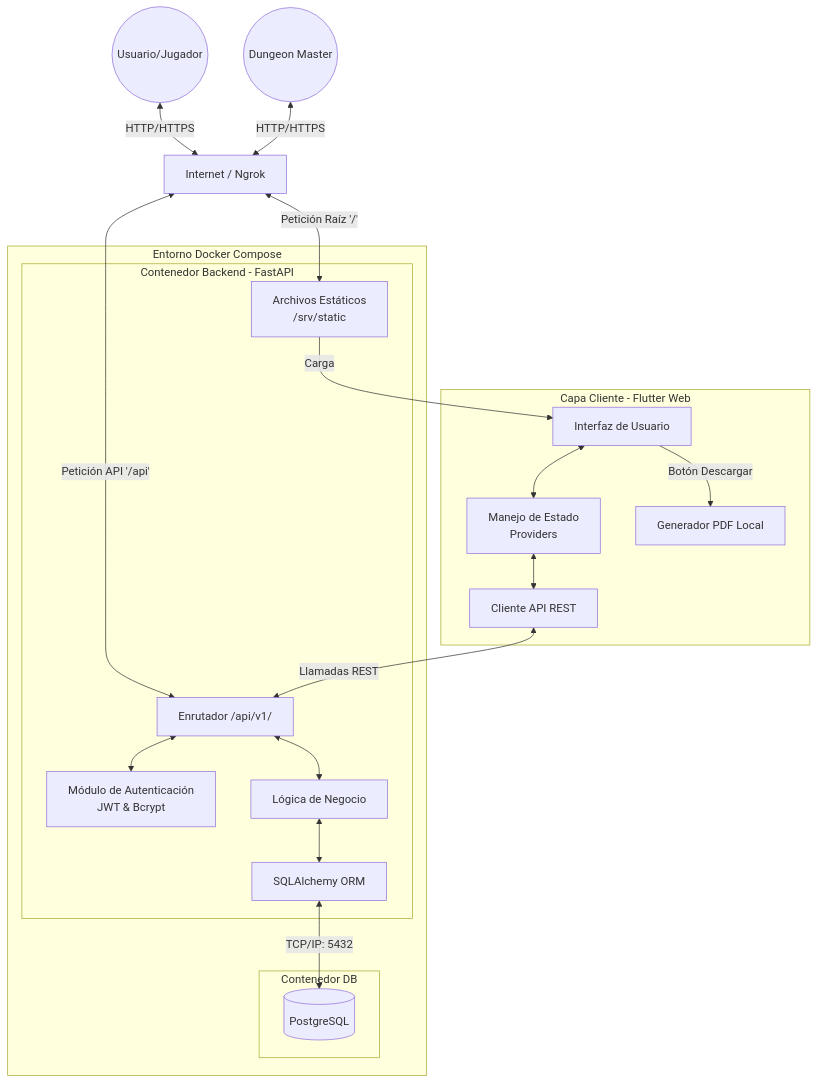
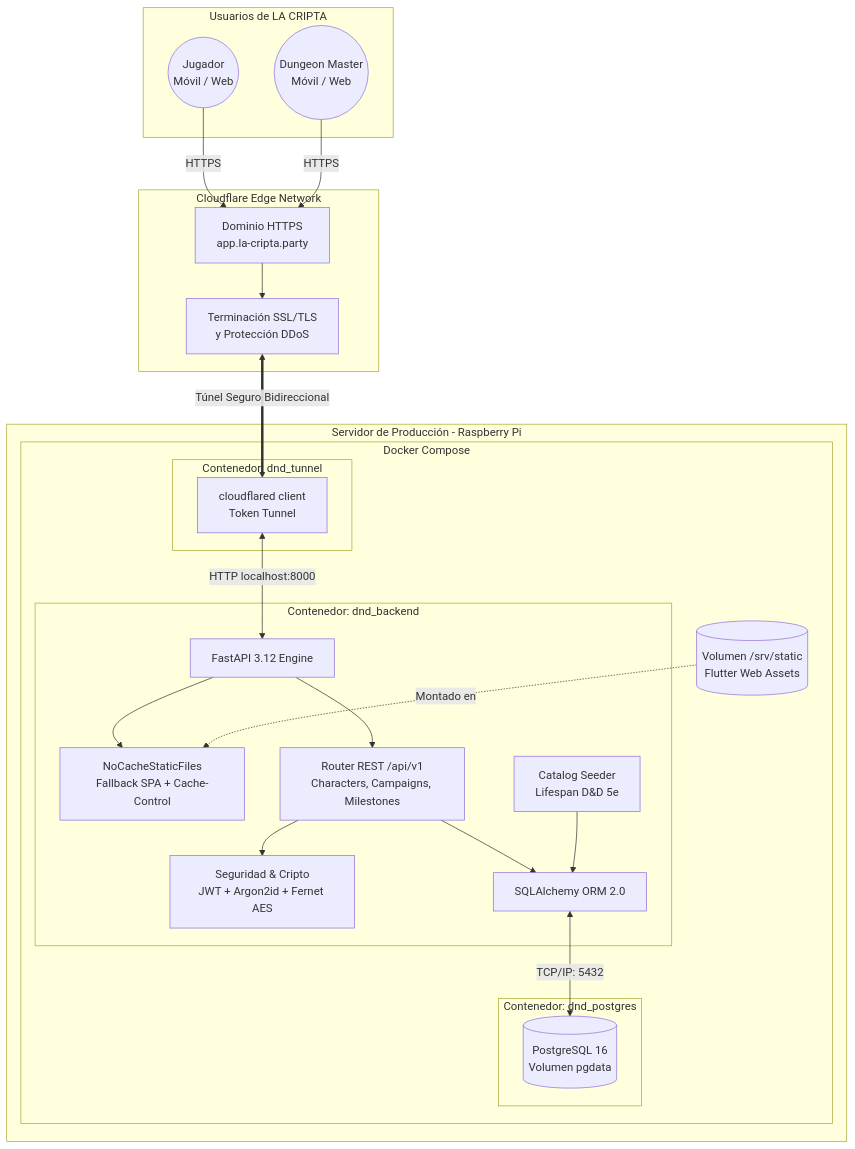
The diagram in docs/diagrama_arquitectura.md (Alexander-Camargo/Plataforma_DnD), drawn with Mermaid before and after one commit. The commit also changed other lines of this file and 5 other files, not shown here.

````diff
--- a/docs/diagrama_arquitectura.md
+++ b/docs/diagrama_arquitectura.md
@@ -5,49 +5,61 @@
 ```mermaid
 flowchart TD
-    %% Entidades Externas
-    User((Usuario/Jugador))
-    DM((Dungeon Master))
-    Internet[Internet / Ngrok]
-
-    %% Capa de Frontend
-    subgraph Frontend [Capa Cliente - Flutter Web]
-        UI[Interfaz de Usuario]
-        Providers[Manejo de Estado\nProviders]
-        ApiClient[Cliente API REST]
-        PDF[Generador PDF Local]
+    %% Usuarios y Clientes
+    subgraph Clients [Usuarios de LA CRIPTA]
+        User((Jugador\nMóvil / Web))
+        DM((Dungeon Master\nMóvil / Web))
     end
 
-    %% Capa de Contenedores Docker
-    subgraph Docker [Entorno Docker Compose]
-        subgraph Backend [Contenedor Backend - FastAPI]
-            StaticFiles[Archivos Estáticos\n/srv/static]
-            Router[Enrutador /api/v1/]
-            Auth[Módulo de Autenticación\nJWT & Bcrypt]
-            Services[Lógica de Negocio]
-            ORM[SQLAlchemy ORM]
-        end
-        
-        subgraph DataBase [Contenedor DB]
-            PG[(PostgreSQL)]
+    %% Capa de Red y Seguridad Cloudflare
+    subgraph CloudflareNetwork [Cloudflare Edge Network]
+        Domain[Dominio HTTPS\napp.la-cripta.party]
+        EdgeSSL[Terminación SSL/TLS\ny Protección DDoS]
+    end
+
+    %% Servidor de Producción (Raspberry Pi)
+    subgraph HostServer [Servidor de Producción - Raspberry Pi]
+        subgraph DockerEnv [Docker Compose]
+            
+            %% Contenedor Túnel
+            subgraph TunnelContainer [Contenedor: dnd_tunnel]
+                Cloudflared[cloudflared client\nToken Tunnel]
+            end
+
+            %% Contenedor Backend
+            subgraph BackendContainer [Contenedor: dnd_backend]
+                FastAPIApp[FastAPI 3.12 Engine]
+                StaticSPA[NoCacheStaticFiles\nFallback SPA + Cache-Control]
+                AuthModule[Seguridad & Cripto\nJWT + Argon2id + Fernet AES]
+                SeedModule[Catalog Seeder\nLifespan D&D 5e]
+                APIRouter[Router REST /api/v1\nCharacters, Campaigns, Milestones]
+                ORM[SQLAlchemy ORM 2.0]
+            end
+
+            %% Contenedor Base de Datos
+            subgraph DBContainer [Contenedor: dnd_postgres]
+                Postgres[(PostgreSQL 16\nVolumen pgdata)]
+            end
+
+            %% Volúmenes Compartidos
+            StaticVolume[(Volumen /srv/static\nFlutter Web Assets)]
         end
     end
 
-    %% Flujos de Comunicación
-    User <-->|HTTP/HTTPS| Internet
-    DM <-->|HTTP/HTTPS| Internet
-    
-    Internet <-->|Petición Raíz '/'| StaticFiles
-    Internet <-->|Petición API '/api'| Router
-    
-    StaticFiles -->|Carga| UI
-    
-    UI <--> Providers
-    Providers <--> ApiClient
-    UI -->|Botón Descargar| PDF
-    
-    ApiClient <-->|Llamadas REST| Router
-    Router <--> Auth
-    Router <--> Services
-    Services <--> ORM
-    ORM <-->|TCP/IP: 5432| PG
+    %% Flujos de Red
+    User -->|HTTPS| Domain
+    DM -->|HTTPS| Domain
+    Domain --> EdgeSSL
+    EdgeSSL <==>|Túnel Seguro Bidireccional| Cloudflared
+    Cloudflared <-->|HTTP localhost:8000| FastAPIApp
+
+    %% Enrutamiento Interno Backend
+    FastAPIApp --> StaticSPA
+    FastAPIApp --> APIRouter
+    StaticVolume -.->|Montado en| StaticSPA
+
+    %% Lógica de Negocio y Base de Datos
+    APIRouter --> AuthModule
+    APIRouter --> ORM
+    SeedModule --> ORM
+    ORM <-->|TCP/IP: 5432| Postgres
 ```
````
